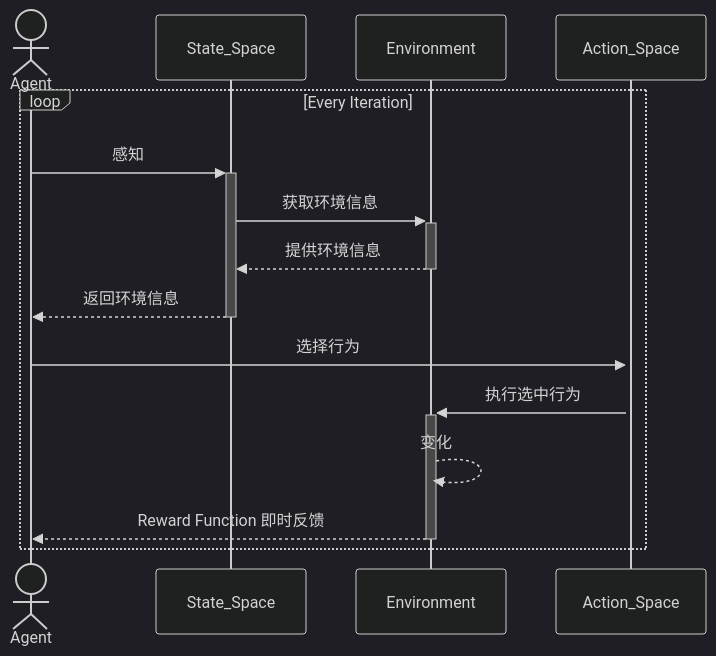
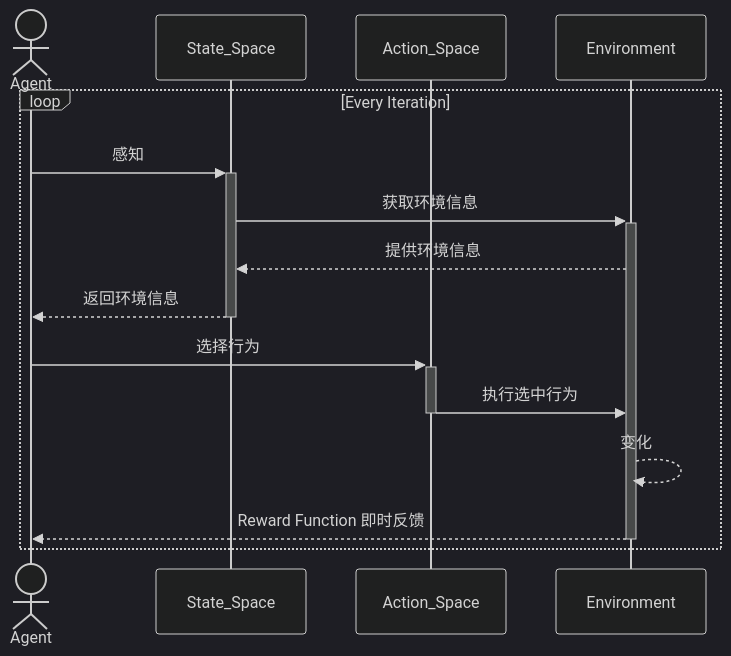
One commit to NeonHo/CSMLNotebook changed the diagram in Machine Learning/Reinforcement Learning/Brief Introduction.md. Above: the diagram before and after it, drawn with Mermaid (dark theme).

Commit message:
vault backup: 2025-02-23 11:33:11
Affected files:
Machine Learning/Reinforcement Learning/Brief Introduction.md

````diff
--- a/Machine Learning/Reinforcement Learning/Brief Introduction.md
+++ b/Machine Learning/Reinforcement Learning/Brief Introduction.md
@@ -2,14 +2,17 @@
 ```mermaid
 sequenceDiagram
 	actor Agent
+	participant State_Space
+	participant Action_Space
+	participant Environment
     loop Every Iteration
 	    Agent->>+State_Space: 感知
 	    State_Space->>+Environment: 获取环境信息
-	    Environment-->>-State_Space: 提供环境信息
+	    Environment-->>State_Space: 提供环境信息
 	    State_Space-->>-Agent: 返回环境信息
 		Agent->>+Action_Space: 选择行为
-		Action_Space->>+Environment: 执行选中行为	
+		Action_Space->>-Environment: 执行选中行为	
 		Environment-->>Environment: 变化
 	    Environment-->>-Agent: Reward Function 即时反馈
     end
 ```
````
